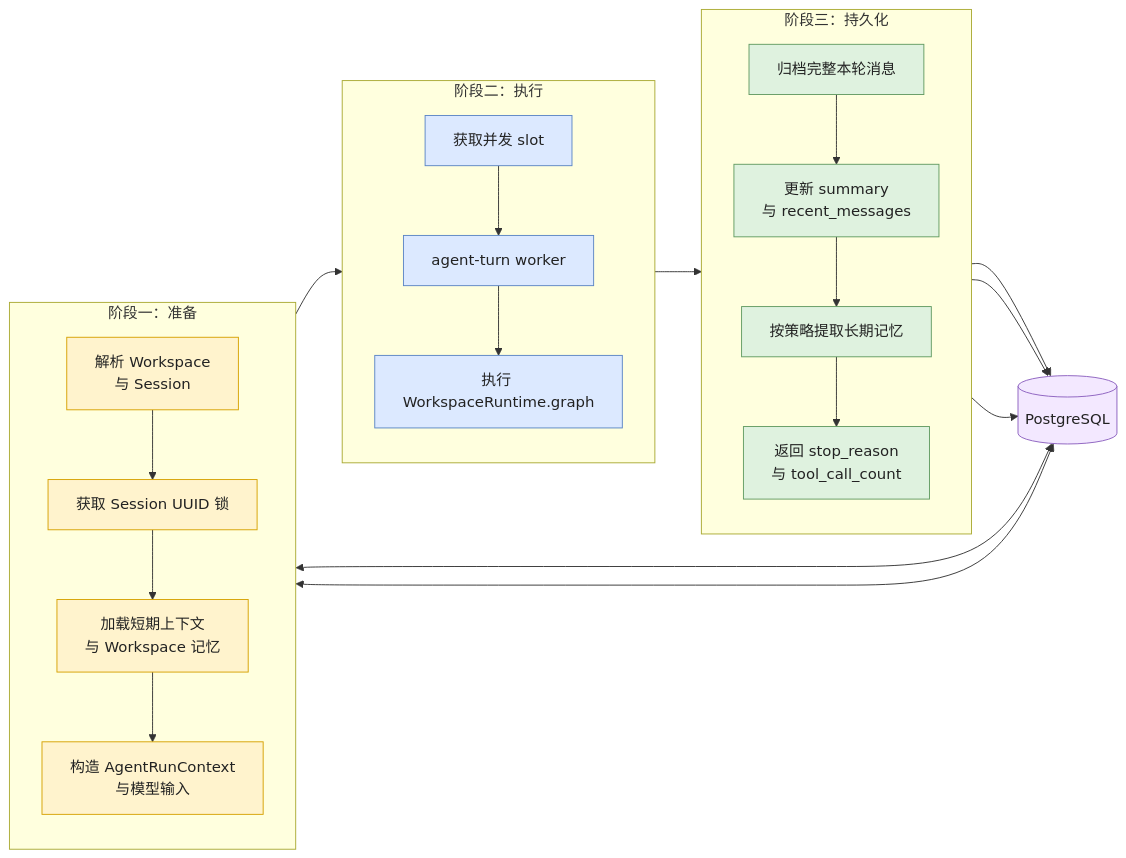
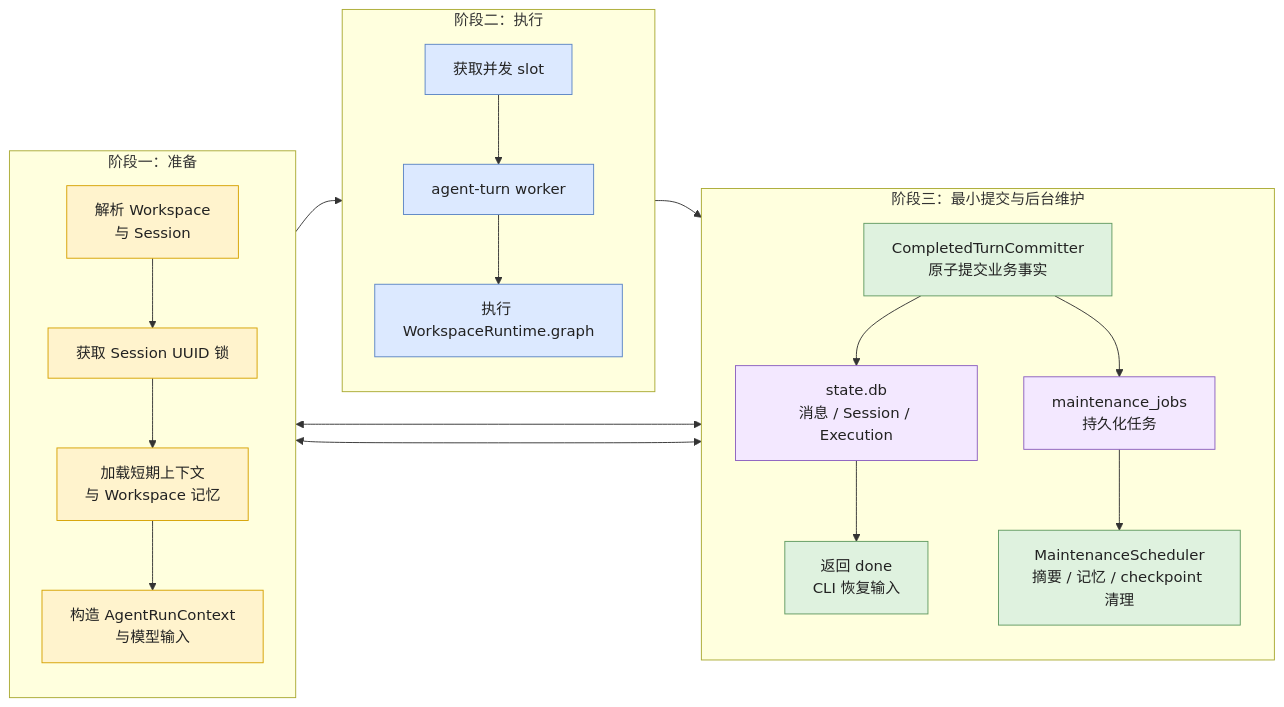
One commit to Dzheng2250/learn_langchain changed the second of 5 diagrams in docs/agent-execution-architecture.md. Above: the diagram before and after it, drawn with Mermaid. The commit also changed other lines of this file and 41 other files, not shown here.

````diff
--- a/docs/agent-execution-architecture.md
+++ b/docs/agent-execution-architecture.md
@@ -560,46 +564,44 @@
 ```mermaid
 flowchart LR
     subgraph Prepare["阶段一：准备"]
         direction TB
         Resolve["解析 Workspace<br/>与 Session"]
         Lock["获取 Session UUID 锁"]
         Load["加载短期上下文<br/>与 Workspace 记忆"]
         Build["构造 AgentRunContext<br/>与模型输入"]
         Resolve --> Lock --> Load --> Build
     end
 
     subgraph Execute["阶段二：执行"]
         direction TB
         Slot["获取并发 slot"]
         Worker["agent-turn worker"]
         Graph["执行 WorkspaceRuntime.graph"]
         Slot --> Worker --> Graph
     end
 
-    subgraph Persist["阶段三：持久化"]
+    subgraph Persist["阶段三：最小提交与后台维护"]
         direction TB
-        Messages["归档完整本轮消息"]
-        Context["更新 summary<br/>与 recent_messages"]
-        Memory["按策略提取长期记忆"]
-        Done["返回 stop_reason<br/>与 tool_call_count"]
-        Messages --> Context --> Memory --> Done
+        Commit["CompletedTurnCommitter<br/>原子提交业务事实"]
+        State["state.db<br/>消息 / Session / Execution"]
+        Jobs["maintenance_jobs<br/>持久化任务"]
+        Done["返回 done<br/>CLI 恢复输入"]
+        Maintenance["MaintenanceScheduler<br/>摘要 / 记忆 / checkpoint 清理"]
+        Commit --> State --> Done
+        Commit --> Jobs --> Maintenance
     end
 
-    DB[("PostgreSQL")]
     Build --> Slot
-    Graph --> Messages
-    Resolve <--> DB
-    Load <--> DB
-    Messages --> DB
-    Context --> DB
-    Memory --> DB
+    Graph --> Commit
+    Resolve <--> State
+    Load <--> State
 
     classDef prepare fill:#fff3cd,stroke:#d6a100,color:#222;
     classDef execute fill:#dce9ff,stroke:#5b85c5,color:#222;
     classDef persist fill:#dff2df,stroke:#629b62,color:#222;
     classDef store fill:#f3e8ff,stroke:#8b5fbf,color:#222;
     class Resolve,Lock,Load,Build prepare;
     class Slot,Worker,Graph execute;
-    class Messages,Context,Memory,Done persist;
-    class DB store;
+    class Commit,Done,Maintenance persist;
+    class State,Jobs store;
 ```
````
